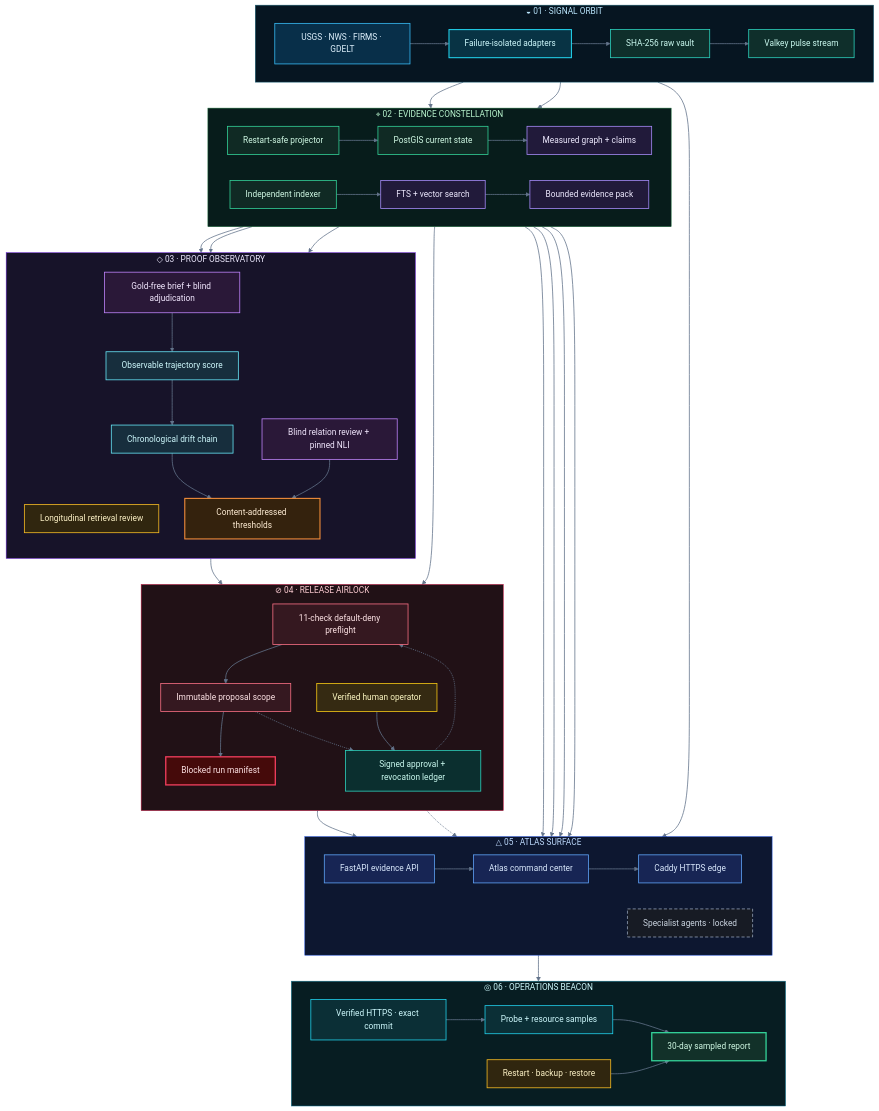
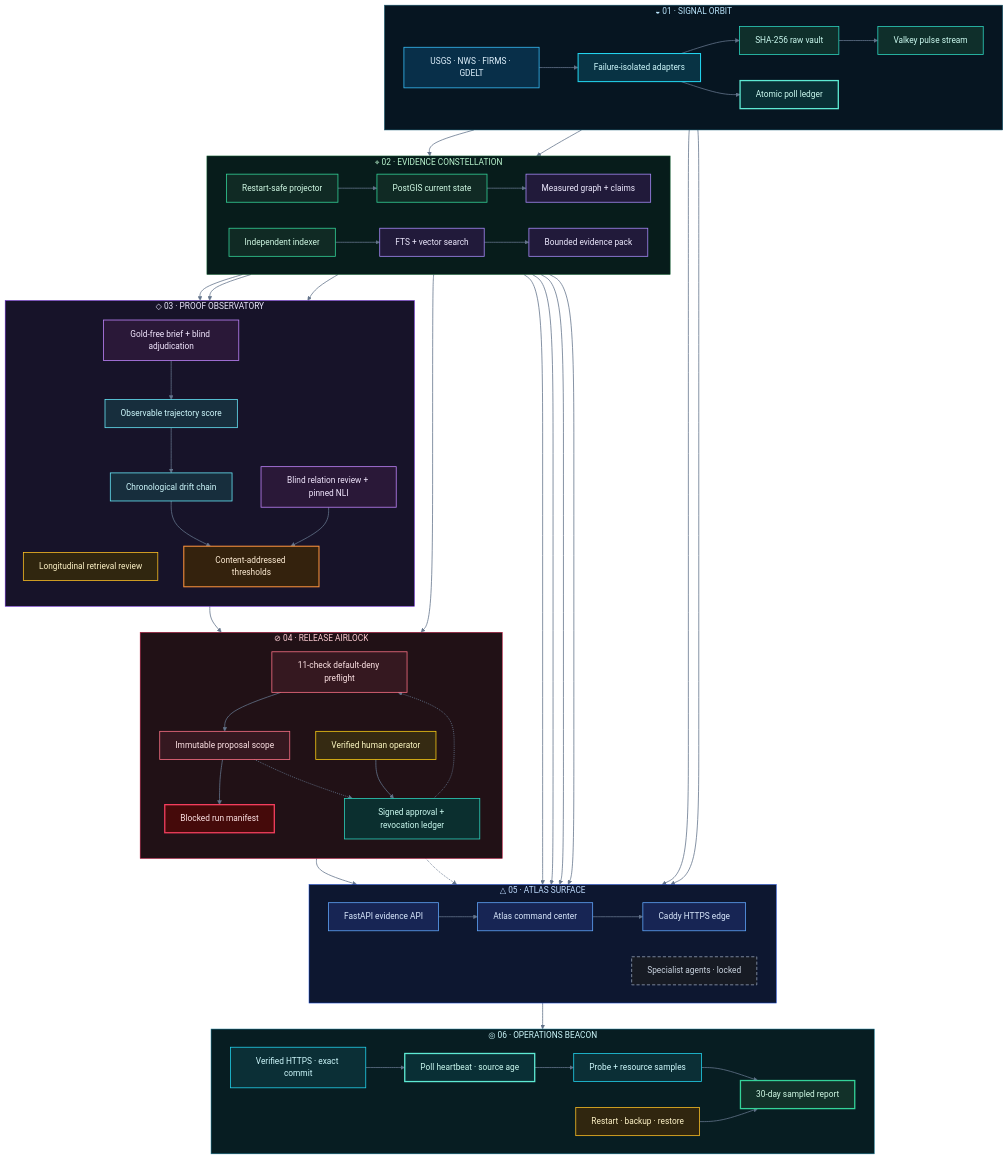
The diagram in README.md (Thivas12/atlas-pulse), drawn with Mermaid before and after one commit. The commit also changed other lines of this file and 39 other files, not shown here.

First line of the commit message:
feat: add explicit source poll freshness evidence (#37)

```diff
--- a/README.md
+++ b/README.md
@@ -112,7 +116,9 @@
         ADAPTERS["Failure-isolated adapters"]:::pulse
         VAULT["SHA-256 raw vault"]:::trust
         BUS["Valkey pulse stream"]:::trust
+        HEARTBEAT["Atomic poll ledger"]:::freshness
         FEEDS --> ADAPTERS --> VAULT --> BUS
+        ADAPTERS --> HEARTBEAT
     end
 
     subgraph CONSTELLATION["⌖ 02 · EVIDENCE CONSTELLATION"]
@@ -159,10 +165,11 @@
     subgraph BEACON["◎ 06 · OPERATIONS BEACON"]
         direction LR
         PUBLIC["Verified HTTPS · exact commit"]:::beacon
+        FRESH["Poll heartbeat · source age"]:::freshness
         SAMPLES["Probe + resource samples"]:::beacon
         DRILLS["Restart · backup · restore"]:::drill
         CAMPAIGN["30-day sampled report"]:::campaign
-        PUBLIC --> SAMPLES --> CAMPAIGN
+        PUBLIC --> FRESH --> SAMPLES --> CAMPAIGN
         DRILLS --> CAMPAIGN
     end
 
@@ -174,6 +181,7 @@
     PACK --> PREFLIGHT
     RELEASE --> PREFLIGHT
     BUS --> API
+    HEARTBEAT --> API
     POSTGIS --> API
     GRAPH --> API
     SEARCH --> API
@@ -197,6 +205,7 @@
     classDef audit fill:#0b2f2f,stroke:#2dd4bf,color:#ccfbf1,stroke-width:1.5px
     classDef surface fill:#172554,stroke:#60a5fa,color:#dbeafe,stroke-width:1.5px
     classDef beacon fill:#0b2f36,stroke:#22d3ee,color:#cffafe,stroke-width:1.5px
+    classDef freshness fill:#092f35,stroke:#5eead4,color:#ccfbf1,stroke-width:2.5px
     classDef drill fill:#30260f,stroke:#fbbf24,color:#fef3c7,stroke-width:1.5px
     classDef campaign fill:#123129,stroke:#34d399,color:#d1fae5,stroke-width:2.5px
     classDef future fill:#171b24,stroke:#94a3b8,color:#cbd5e1,stroke-width:1.5px,stroke-dasharray:6 4
```
